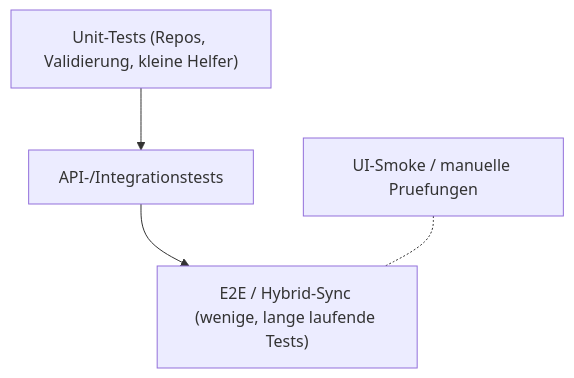
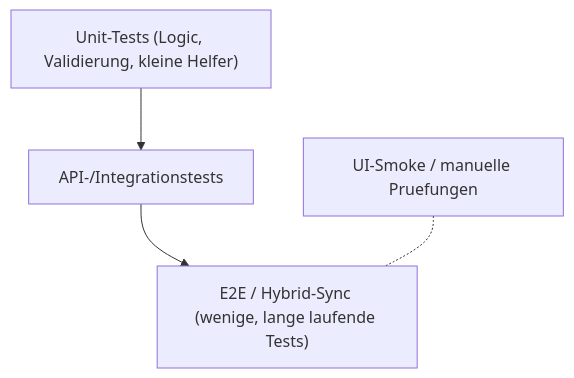
Before and after one commit to QuasiniusQuaks/nd-hub: the diagram in docs/quality/01-test-strategy.md, drawn with Mermaid. The commit also changed other lines of this file and 77 other files, not shown here.

````diff
--- a/docs/quality/01-test-strategy.md
+++ b/docs/quality/01-test-strategy.md
@@ -9,9 +9,9 @@
 ```mermaid
 flowchart TB
     e2e["E2E / Hybrid-Sync (wenige, lange laufende Tests)"]
     api["API-/Integrationstests"]
-    unit["Unit-Tests (Repos, Validierung, kleine Helfer)"]
+    unit["Unit-Tests (Logic, Validierung, kleine Helfer)"]
     ui["UI-Smoke / manuelle Pruefungen"]
     unit --> api --> e2e
     ui -.- e2e
 ```
````
